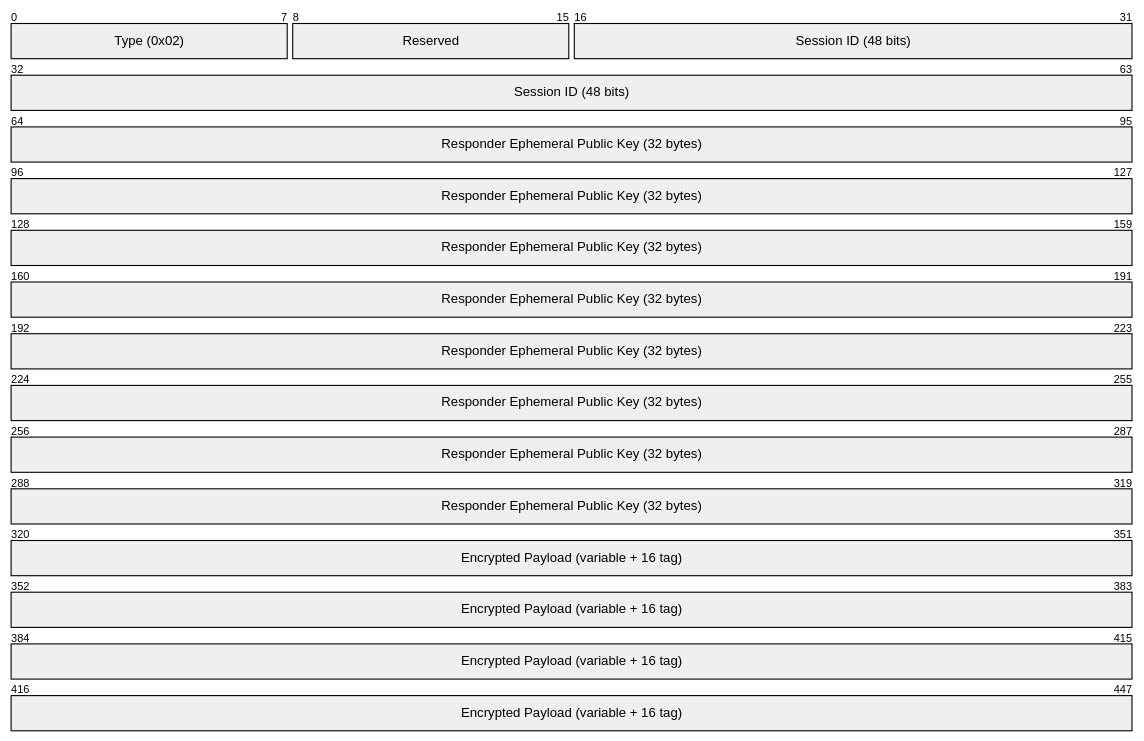
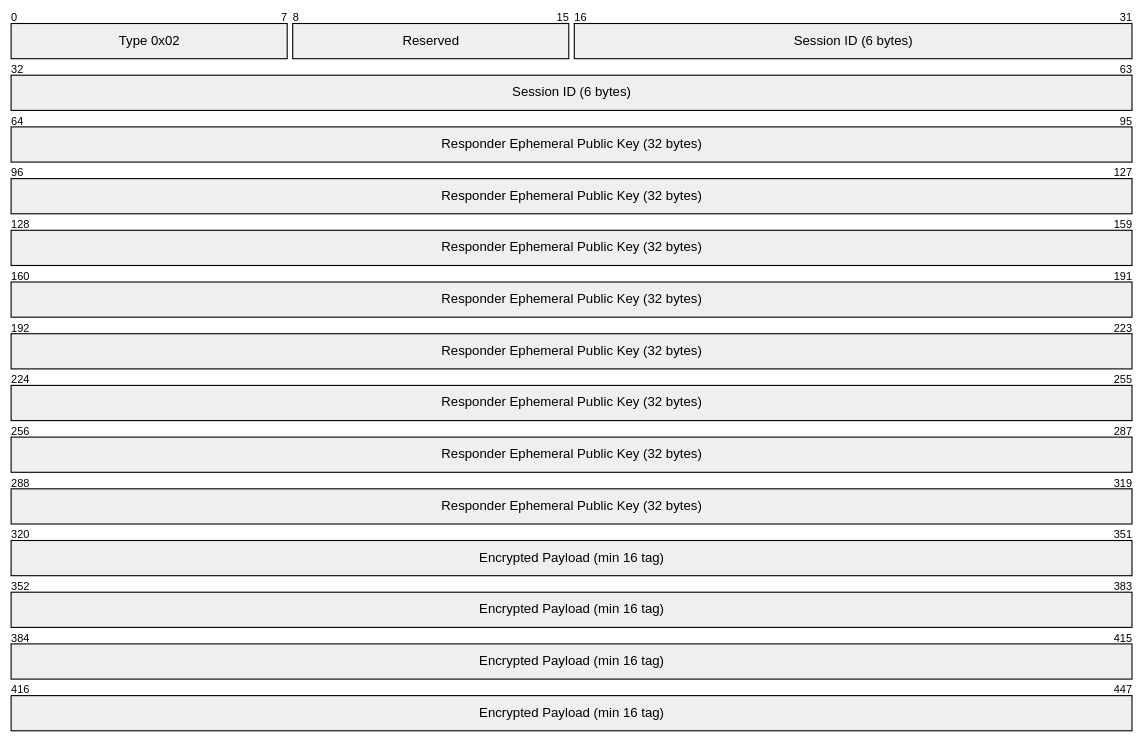
Before and after one commit to DanEscher98/nomad-specs: the third of 6 diagrams in specs/SECURITY.md, drawn with Mermaid. The commit also changed other lines of this file and 5 other files, not shown here.

First line of the commit message:
fix: convert packet-beta to packet with +count syntax

````diff
--- a/specs/SECURITY.md
+++ b/specs/SECURITY.md
@@ -84,8 +84,8 @@
 ```mermaid
-packet-beta
-  0-7: "Type (0x02)"
-  8-15: "Reserved"
-  16-63: "Session ID (48 bits)"
-  64-319: "Responder Ephemeral Public Key (32 bytes)"
-  320-447: "Encrypted Payload (variable + 16 tag)"
+packet
+  +8: "Type 0x02"
+  +8: "Reserved"
+  +48: "Session ID (6 bytes)"
+  +256: "Responder Ephemeral Public Key (32 bytes)"
+  +128: "Encrypted Payload (min 16 tag)"
 ```
````
